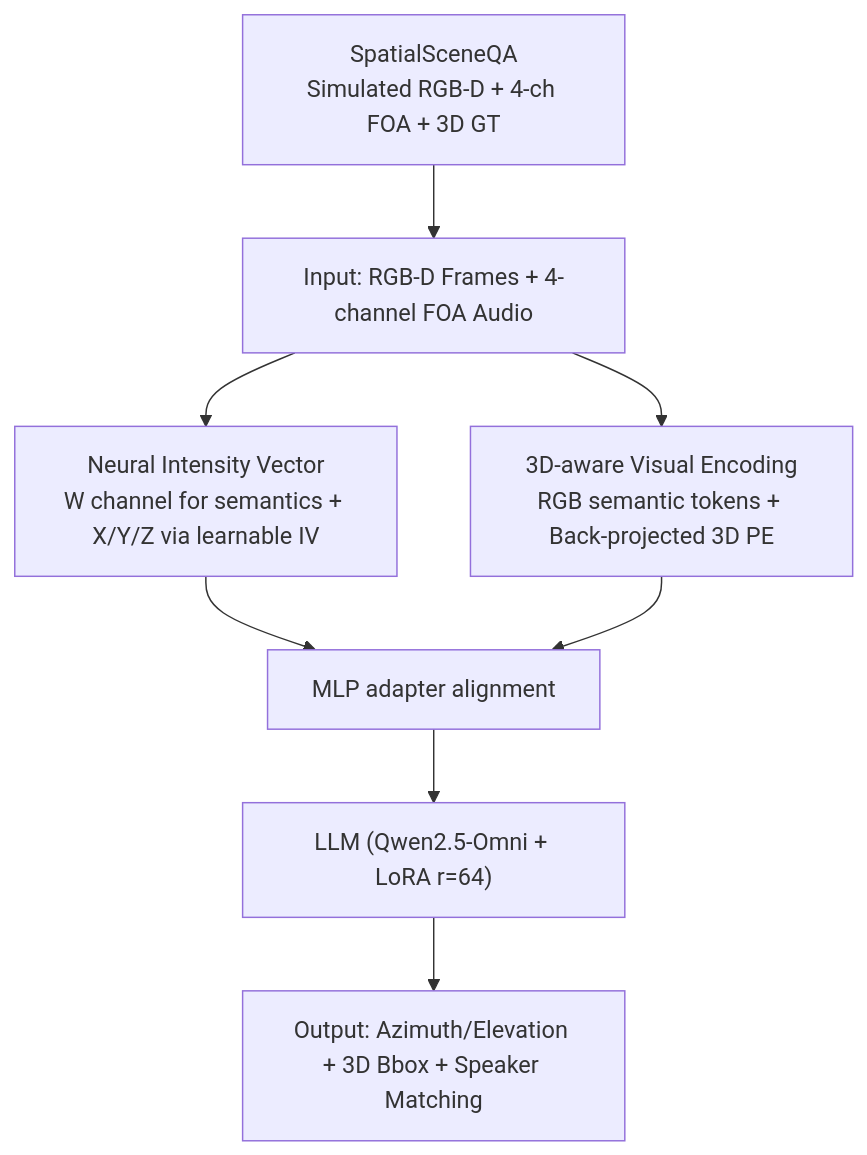
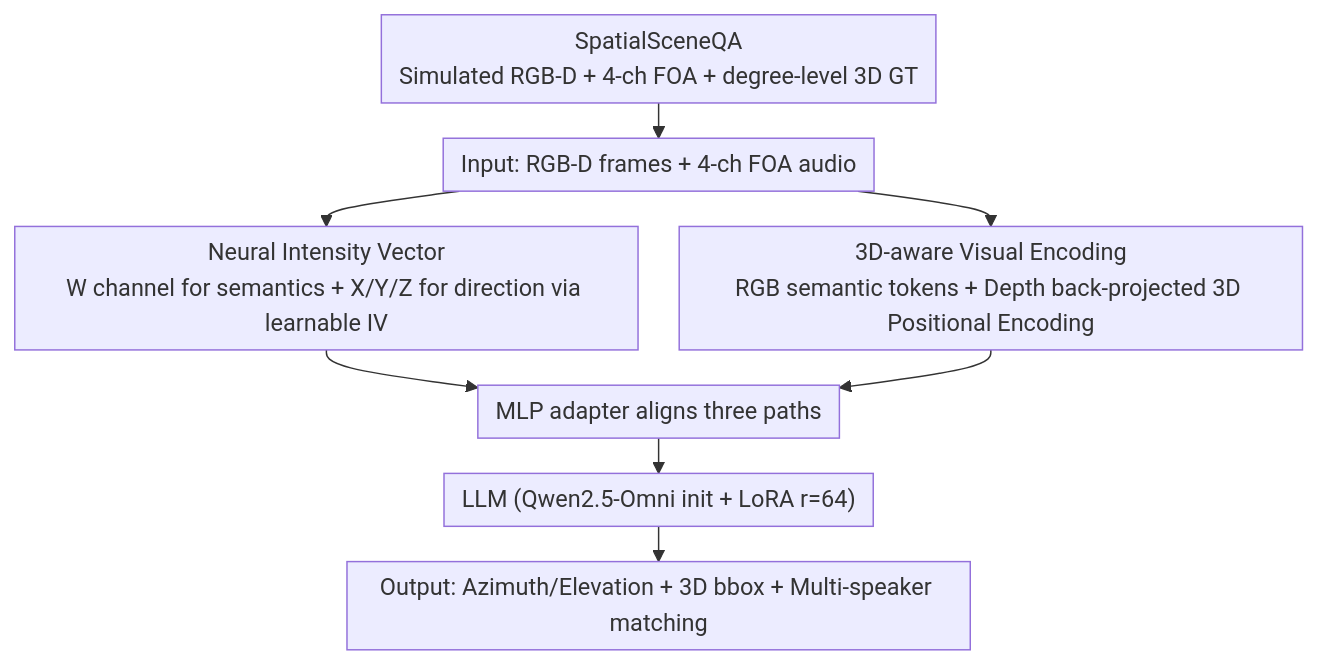
One commit to zhaoyang97/Paper-Notes-en changed the diagram in docs/ICML2026/audio_speech/jaeger_joint_3d_audio-visual_grounding_and_reasoning_in_simulated_physical_envir.md. Above: the diagram before and after it, drawn with Mermaid. The commit also changed other lines of this file and 5084 other files, not shown here.

````diff
--- a/docs/ICML2026/audio_speech/jaeger_joint_3d_audio-visual_grounding_and_reasoning_in_simulated_physical_envir.md
+++ b/docs/ICML2026/audio_speech/jaeger_joint_3d_audio-visual_grounding_and_reasoning_in_simulated_physical_envir.md
@@ -44,10 +44,11 @@
 ```mermaid
-graph TD
-    DATA["SpatialSceneQA<br/>Simulated RGB-D + 4-ch FOA + 3D GT"] --> A["Input: RGB-D Frames + 4-channel FOA Audio"]
-    A --> AS["Neural Intensity Vector<br/>W channel for semantics + X/Y/Z via learnable IV"]
-    A --> VS["3D-aware Visual Encoding<br/>RGB semantic tokens + Back-projected 3D PE"]
-    AS --> M["MLP adapter alignment"]
+%%{init: {'flowchart': {'rankSpacing': 24, 'nodeSpacing': 28, 'padding': 6, 'wrappingWidth': 400}}}%%
+flowchart TD
+    DATA["SpatialSceneQA<br/>Simulated RGB-D + 4-ch FOA + degree-level 3D GT"] --> A["Input: RGB-D frames + 4-ch FOA audio"]
+    A --> AS["Neural Intensity Vector<br/>W channel for semantics + X/Y/Z for direction via learnable IV"]
+    A --> VS["3D-aware Visual Encoding<br/>RGB semantic tokens + Depth back-projected 3D Positional Encoding"]
+    AS --> M["MLP adapter aligns three paths"]
     VS --> M
-    M --> L["LLM (Qwen2.5-Omni + LoRA r=64)"]
-    L --> O["Output: Azimuth/Elevation + 3D Bbox + Speaker Matching"]
+    M --> L["LLM (Qwen2.5-Omni init + LoRA r=64)"]
+    L --> O["Output: Azimuth/Elevation + 3D bbox + Multi-speaker matching"]
 ```
````
